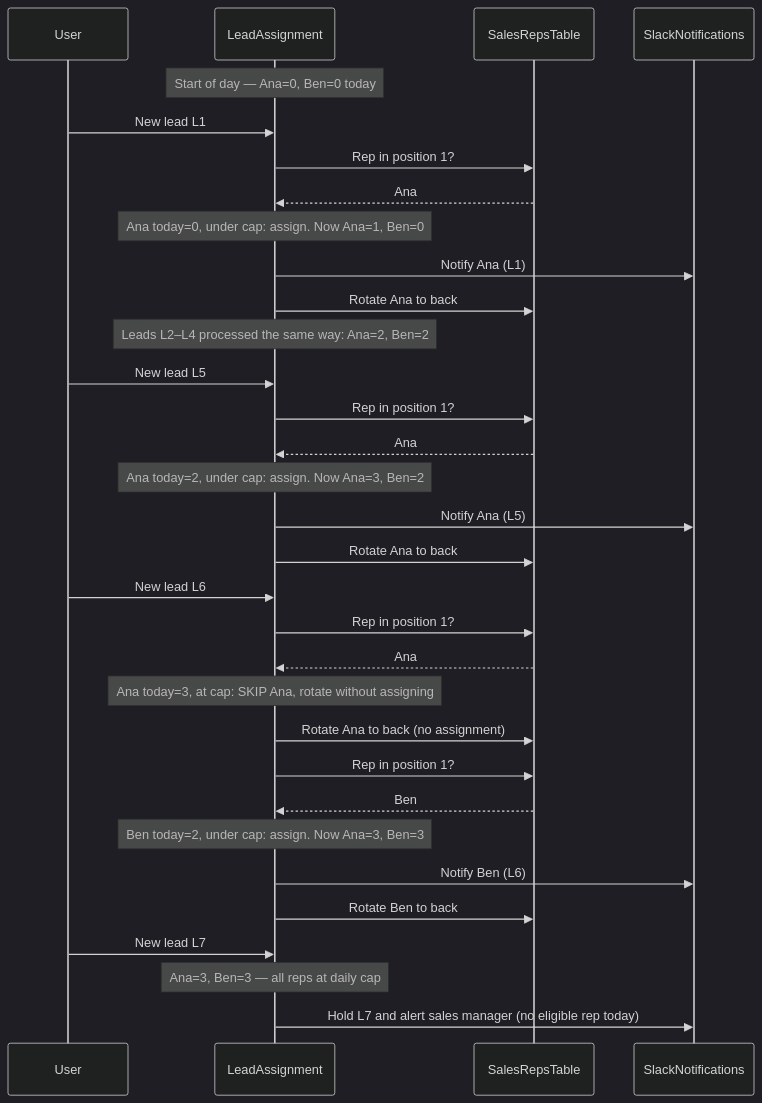
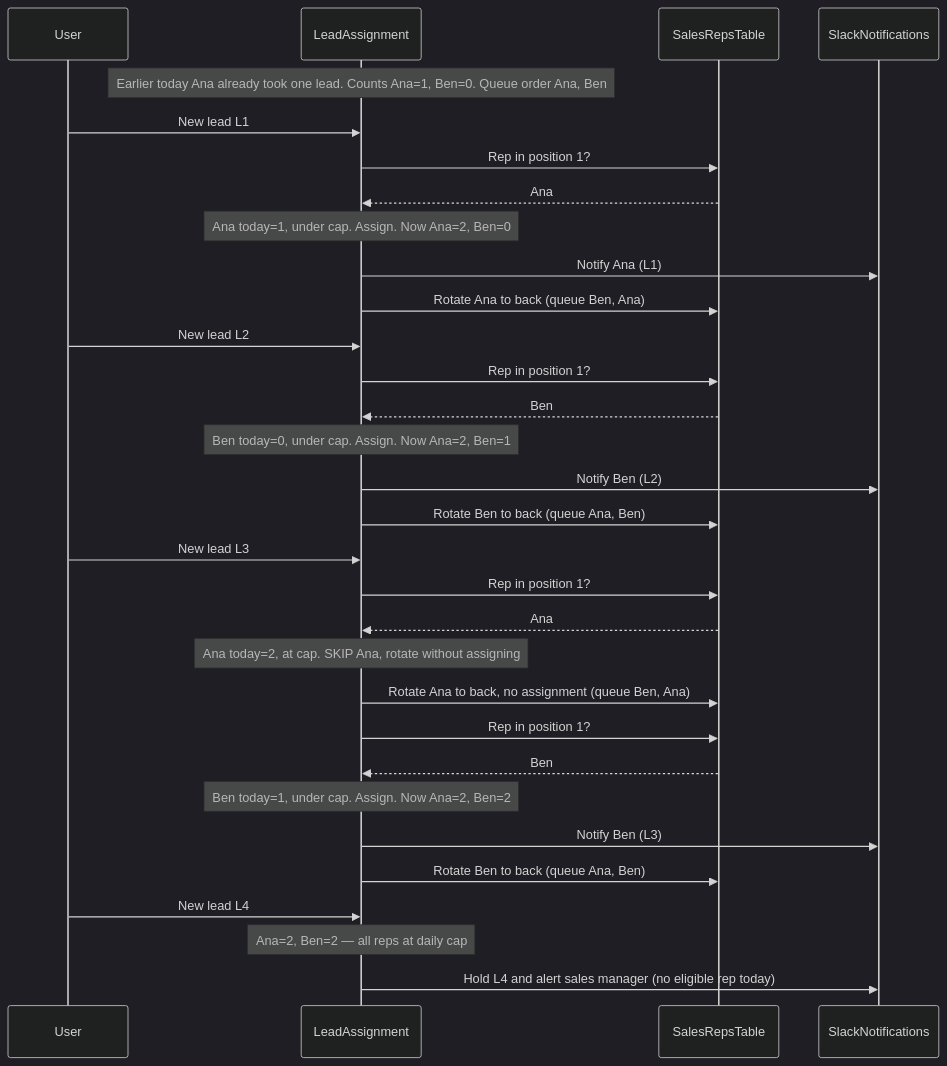
Before and after one commit to asafam/programmable-online-llm-objects: the third of 3 diagrams in examples/round-robin-lead-assignment.md, drawn with Mermaid (dark theme). The commit also changed other lines of this file, not shown here.

Commit message:
examples: fix round-robin rotation and set cap to 2
The previous sequence assigned Ana on two consecutive leads, which
violates round-robin (after assigning a rep they rotate to the back).
Rework with cap = 2/day and explicit queue-order annotations so the
position-1 rep is unambiguous, and start from a slightly uneven state so
the skip-then-assign behavior is actually exercised (uniform cap with
even rotation otherwise only ever shows the all-capped hold).

````diff
--- a/examples/round-robin-lead-assignment.md
+++ b/examples/round-robin-lead-assignment.md
@@ -80,40 +80,38 @@
 ```mermaid
 sequenceDiagram
   participant User
   participant LeadAssignment
   participant SalesRepsTable
   participant SlackNotifications
 
-  Note over LeadAssignment: Start of day — Ana=0, Ben=0 today
+  Note over LeadAssignment: Earlier today Ana already took one lead. Counts Ana=1, Ben=0. Queue order Ana, Ben
 
   User->>LeadAssignment: New lead L1
   LeadAssignment->>SalesRepsTable: Rep in position 1?
   SalesRepsTable-->>LeadAssignment: Ana
-  Note over LeadAssignment: Ana today=0, under cap: assign. Now Ana=1, Ben=0
+  Note over LeadAssignment: Ana today=1, under cap. Assign. Now Ana=2, Ben=0
   LeadAssignment->>SlackNotifications: Notify Ana (L1)
-  LeadAssignment->>SalesRepsTable: Rotate Ana to back
+  LeadAssignment->>SalesRepsTable: Rotate Ana to back (queue Ben, Ana)
 
-  Note over LeadAssignment: Leads L2–L4 processed the same way: Ana=2, Ben=2
+  User->>LeadAssignment: New lead L2
+  LeadAssignment->>SalesRepsTable: Rep in position 1?
+  SalesRepsTable-->>LeadAssignment: Ben
+  Note over LeadAssignment: Ben today=0, under cap. Assign. Now Ana=2, Ben=1
+  LeadAssignment->>SlackNotifications: Notify Ben (L2)
+  LeadAssignment->>SalesRepsTable: Rotate Ben to back (queue Ana, Ben)
 
-  User->>LeadAssignment: New lead L5
+  User->>LeadAssignment: New lead L3
   LeadAssignment->>SalesRepsTable: Rep in position 1?
   SalesRepsTable-->>LeadAssignment: Ana
-  Note over LeadAssignment: Ana today=2, under cap: assign. Now Ana=3, Ben=2
-  LeadAssignment->>SlackNotifications: Notify Ana (L5)
-  LeadAssignment->>SalesRepsTable: Rotate Ana to back
-
-  User->>LeadAssignment: New lead L6
-  LeadAssignment->>SalesRepsTable: Rep in position 1?
-  SalesRepsTable-->>LeadAssignment: Ana
-  Note over LeadAssignment: Ana today=3, at cap: SKIP Ana, rotate without assigning
-  LeadAssignment->>SalesRepsTable: Rotate Ana to back (no assignment)
+  Note over LeadAssignment: Ana today=2, at cap. SKIP Ana, rotate without assigning
+  LeadAssignment->>SalesRepsTable: Rotate Ana to back, no assignment (queue Ben, Ana)
   LeadAssignment->>SalesRepsTable: Rep in position 1?
   SalesRepsTable-->>LeadAssignment: Ben
-  Note over LeadAssignment: Ben today=2, under cap: assign. Now Ana=3, Ben=3
-  LeadAssignment->>SlackNotifications: Notify Ben (L6)
-  LeadAssignment->>SalesRepsTable: Rotate Ben to back
+  Note over LeadAssignment: Ben today=1, under cap. Assign. Now Ana=2, Ben=2
+  LeadAssignment->>SlackNotifications: Notify Ben (L3)
+  LeadAssignment->>SalesRepsTable: Rotate Ben to back (queue Ana, Ben)
 
-  User->>LeadAssignment: New lead L7
-  Note over LeadAssignment: Ana=3, Ben=3 — all reps at daily cap
-  LeadAssignment->>SlackNotifications: Hold L7 and alert sales manager (no eligible rep today)
+  User->>LeadAssignment: New lead L4
+  Note over LeadAssignment: Ana=2, Ben=2 — all reps at daily cap
+  LeadAssignment->>SlackNotifications: Hold L4 and alert sales manager (no eligible rep today)
 ```
````
